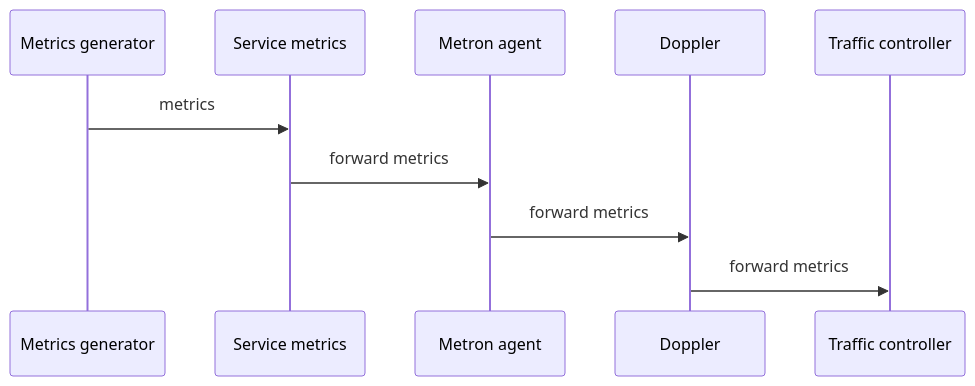
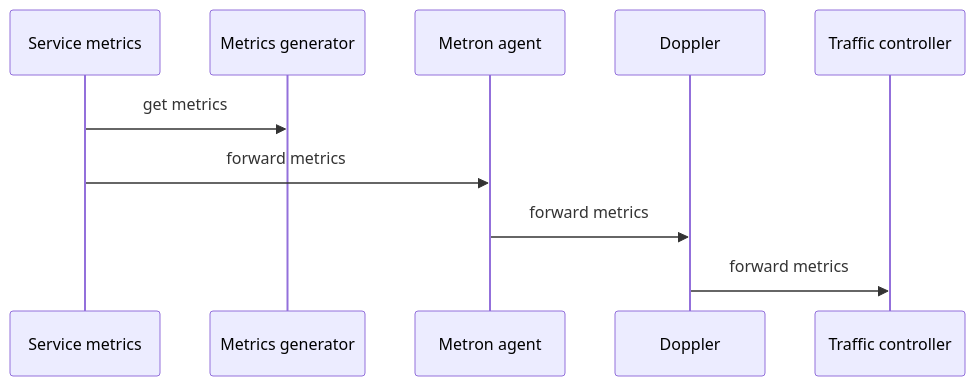
Before and after one commit to pivotal-cf/docs-service-metrics: the diagram in mmd/service_metrics_workflow.mmd, drawn with Mermaid. The commit also changed 1 other file, not shown here.

Commit message:
Correct information flow in diagram

```diff
--- a/mmd/service_metrics_workflow.mmd
+++ b/mmd/service_metrics_workflow.mmd
@@ -1,5 +1,5 @@
 sequenceDiagram
-  Metrics generator->> Service metrics: metrics
+  Service metrics->> Metrics generator: get metrics
   Service metrics->> Metron agent: forward metrics
   Metron agent->> Doppler: forward metrics
   Doppler->> Traffic controller: forward metrics
```
